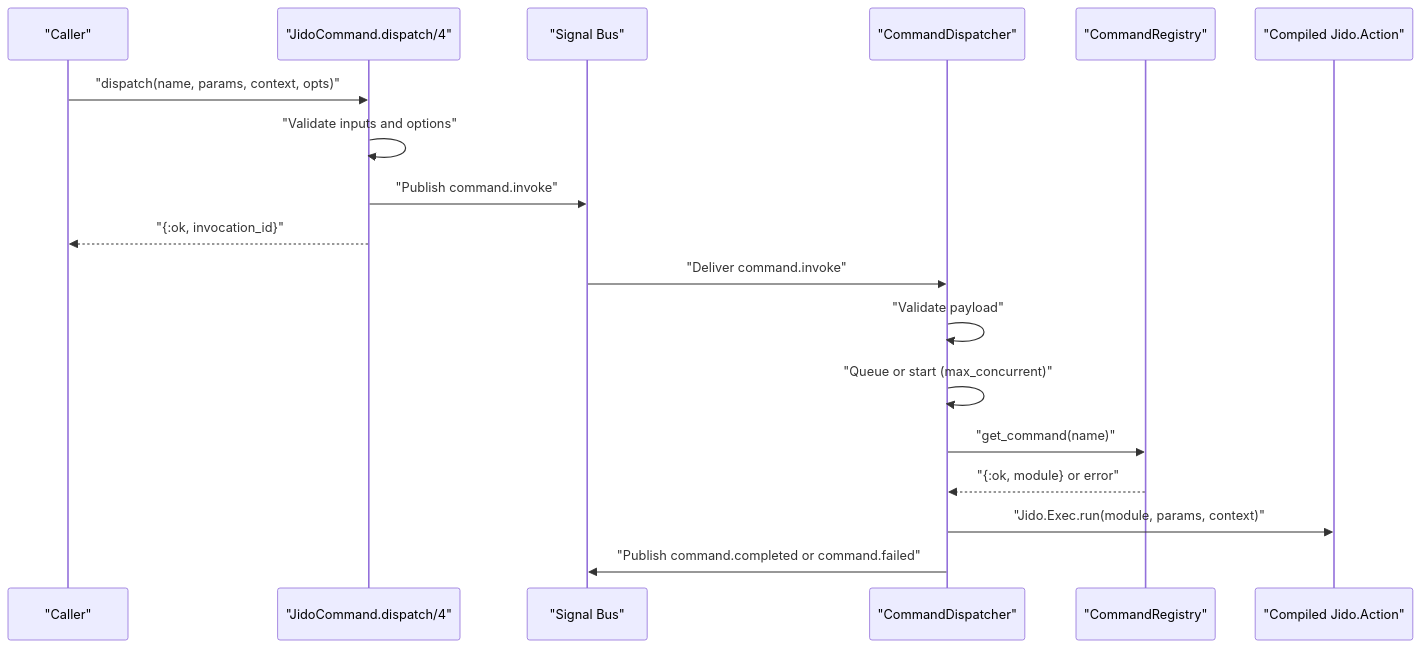
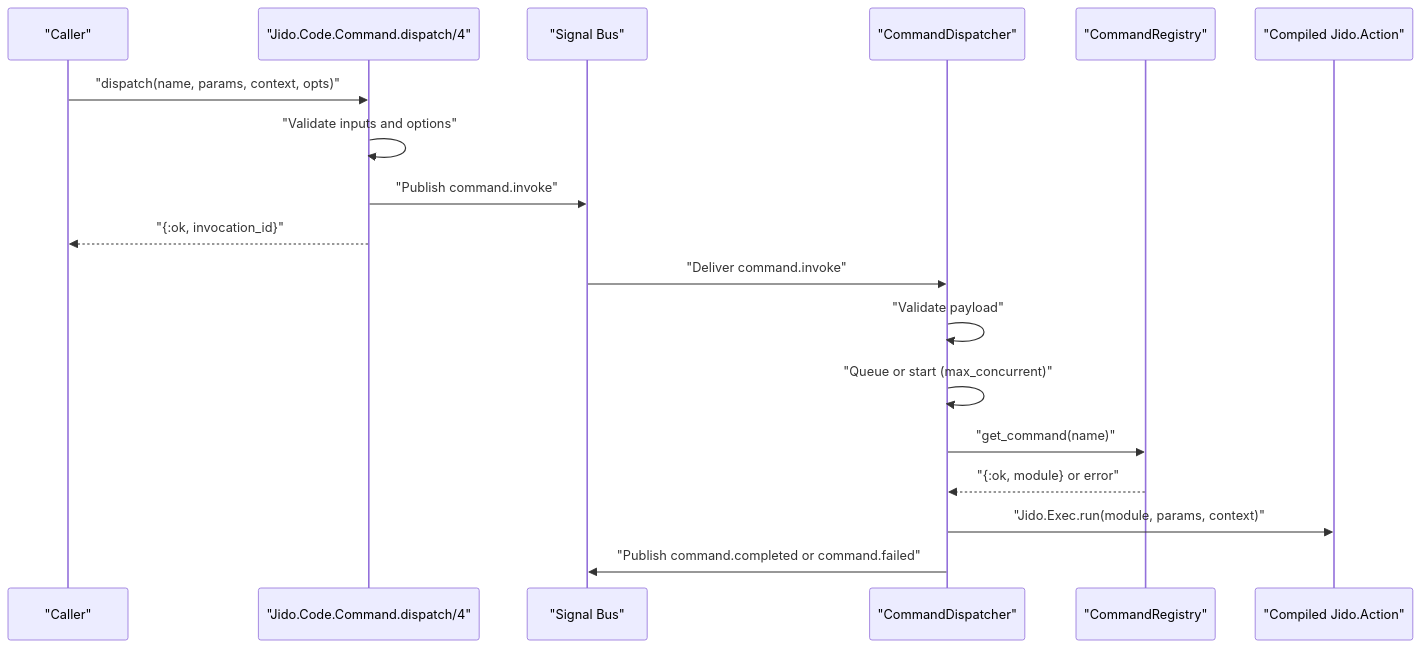
The second of 2 diagrams in docs/developer/command-lifecycle.md (pcharbon70/jido_command), drawn with Mermaid before and after one commit. The commit also changed other lines of this file and 32 other files, not shown here.

Commit message:
Rename namespace to Jido.Code.Command

````diff
--- a/docs/developer/command-lifecycle.md
+++ b/docs/developer/command-lifecycle.md
@@ -38,22 +38,22 @@
 ```mermaid
 sequenceDiagram
   participant Caller as "Caller"
-  participant API as "JidoCommand.dispatch/4"
+  participant API as "Jido.Code.Command.dispatch/4"
   participant Bus as "Signal Bus"
   participant Dispatcher as "CommandDispatcher"
   participant Registry as "CommandRegistry"
   participant Action as "Compiled Jido.Action"
 
   Caller->>API: "dispatch(name, params, context, opts)"
   API->>API: "Validate inputs and options"
   API->>Bus: "Publish command.invoke"
   API-->>Caller: "{:ok, invocation_id}"
 
   Bus->>Dispatcher: "Deliver command.invoke"
   Dispatcher->>Dispatcher: "Validate payload"
   Dispatcher->>Dispatcher: "Queue or start (max_concurrent)"
   Dispatcher->>Registry: "get_command(name)"
   Registry-->>Dispatcher: "{:ok, module} or error"
   Dispatcher->>Action: "Jido.Exec.run(module, params, context)"
   Dispatcher->>Bus: "Publish command.completed or command.failed"
 ```
````
